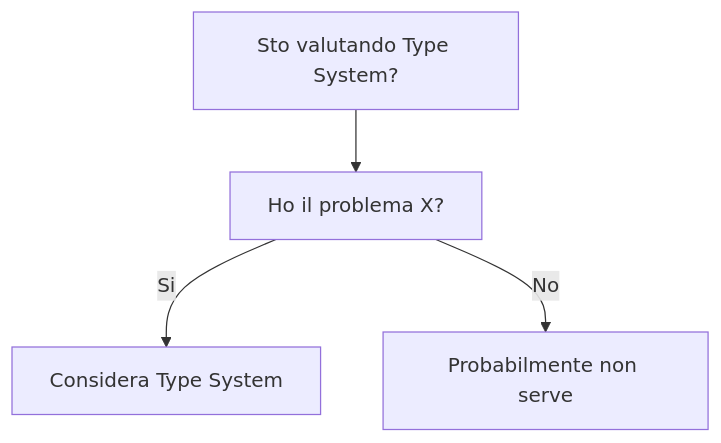
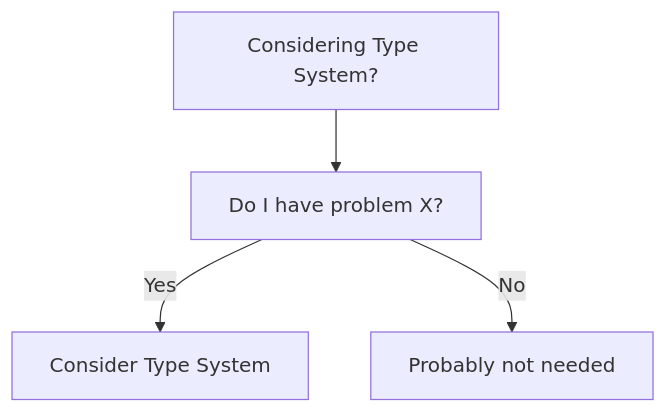
One commit to HxT9/Software-Dev-Wiki changed the diagram in dev-wiki/14_Languages/TypeScript/Type_System/When_To_Use.md. Above: the diagram before and after it, drawn with Mermaid. The commit also changed other lines of this file and 3444 other files, not shown here.

````diff
--- a/dev-wiki/14_Languages/TypeScript/Type_System/When_To_Use.md
+++ b/dev-wiki/14_Languages/TypeScript/Type_System/When_To_Use.md
@@ -19,6 +19,6 @@
 ```mermaid
 flowchart TD
-  Q[Sto valutando Type System?] --> Q1[Ho il problema X?]
-  Q1 -->|Si| OK[Considera Type System]
-  Q1 -->|No| NO[Probabilmente non serve]
+  Q[Considering Type System?] --> Q1[Do I have problem X?]
+  Q1 -->|Yes| OK[Consider Type System]
+  Q1 -->|No| NO[Probably not needed]
 ```
````
